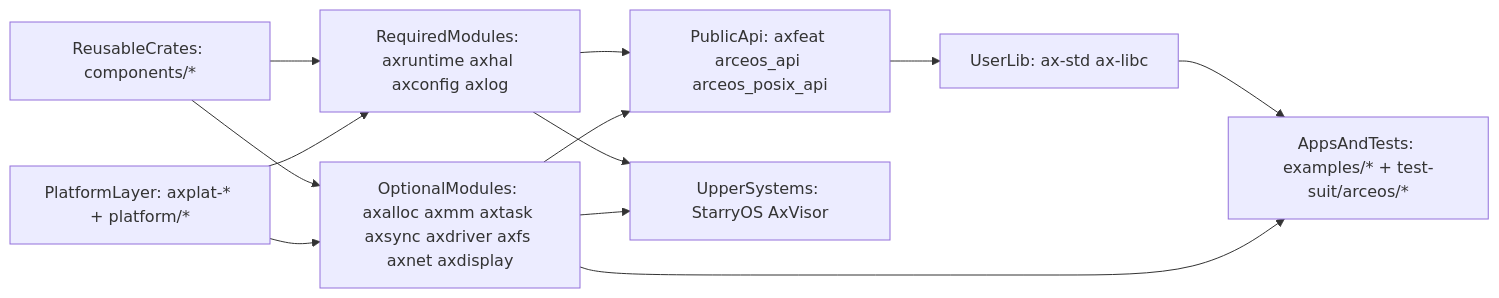
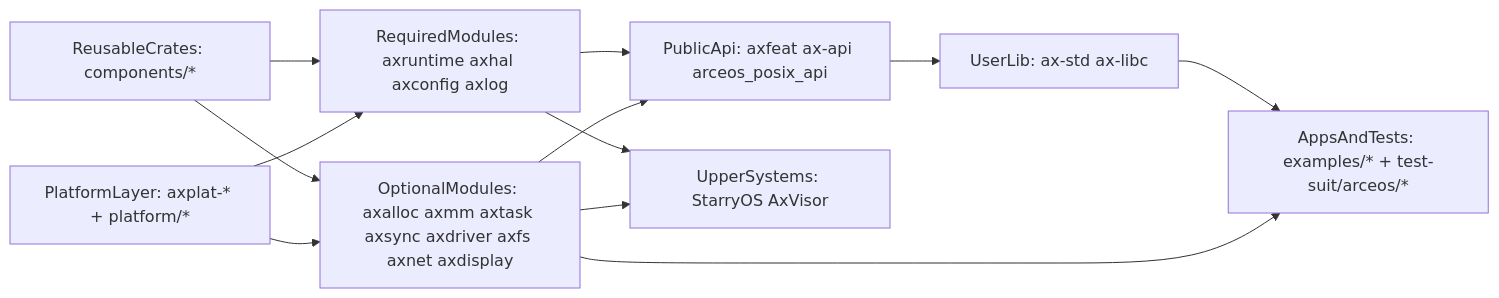
One commit to zKurisu/tgoskits changed the first of 5 diagrams in docs/arceos-internals.md. Above: the diagram before and after it, drawn with Mermaid. The commit also changed other lines of this file and 61 other files, not shown here.

Commit message:
rename arceos_api to ax-api

````diff
--- a/docs/arceos-internals.md
+++ b/docs/arceos-internals.md
@@ -36,23 +36,23 @@
 ```mermaid
 flowchart LR
     reusableCrates["ReusableCrates: components/*"]
     platformLayer["PlatformLayer: axplat-* + platform/*"]
     requiredModules["RequiredModules: axruntime axhal axconfig axlog"]
     optionalModules["OptionalModules: axalloc axmm axtask axsync axdriver axfs axnet axdisplay"]
-    publicApi["PublicApi: axfeat arceos_api arceos_posix_api"]
+    publicApi["PublicApi: axfeat ax-api arceos_posix_api"]
     userLib["UserLib: ax-std ax-libc"]
     appsAndTests["AppsAndTests: examples/* + test-suit/arceos/*"]
     upperSystems["UpperSystems: StarryOS AxVisor"]
 
     reusableCrates --> requiredModules
     reusableCrates --> optionalModules
     platformLayer --> requiredModules
     platformLayer --> optionalModules
     requiredModules --> publicApi
     optionalModules --> publicApi
     publicApi --> userLib
     userLib --> appsAndTests
     optionalModules --> appsAndTests
     requiredModules --> upperSystems
     optionalModules --> upperSystems
 ```
````
